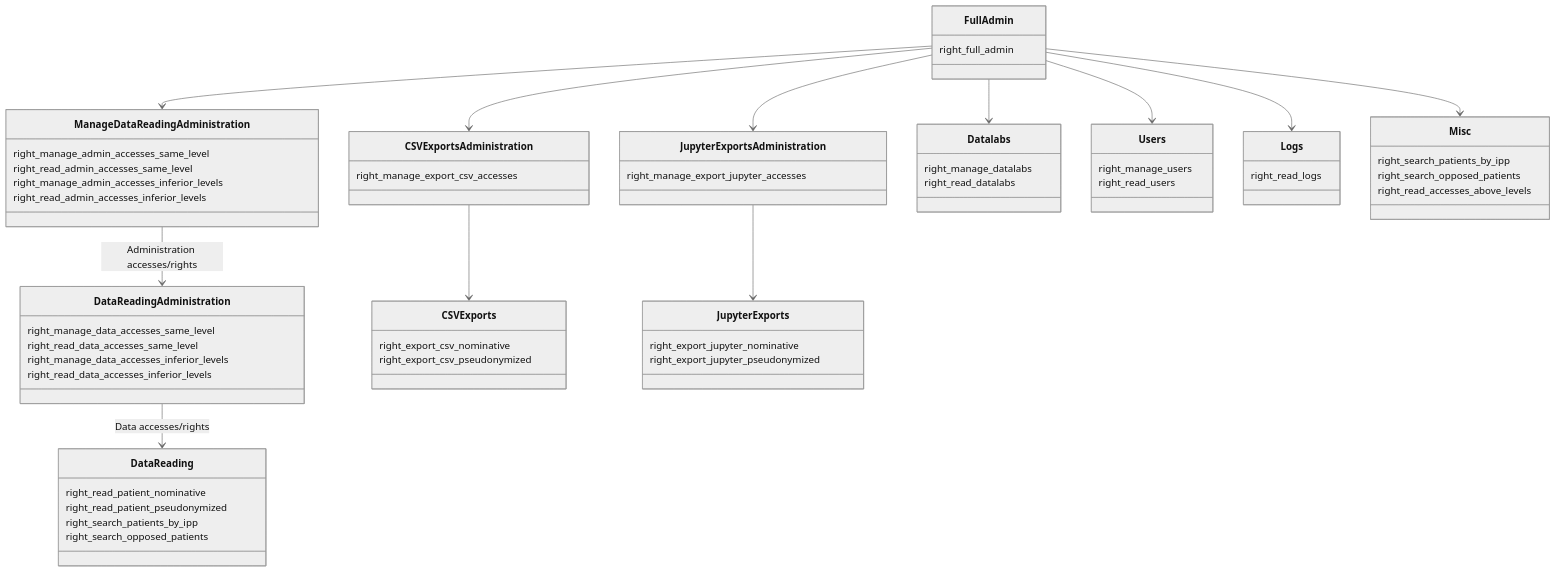
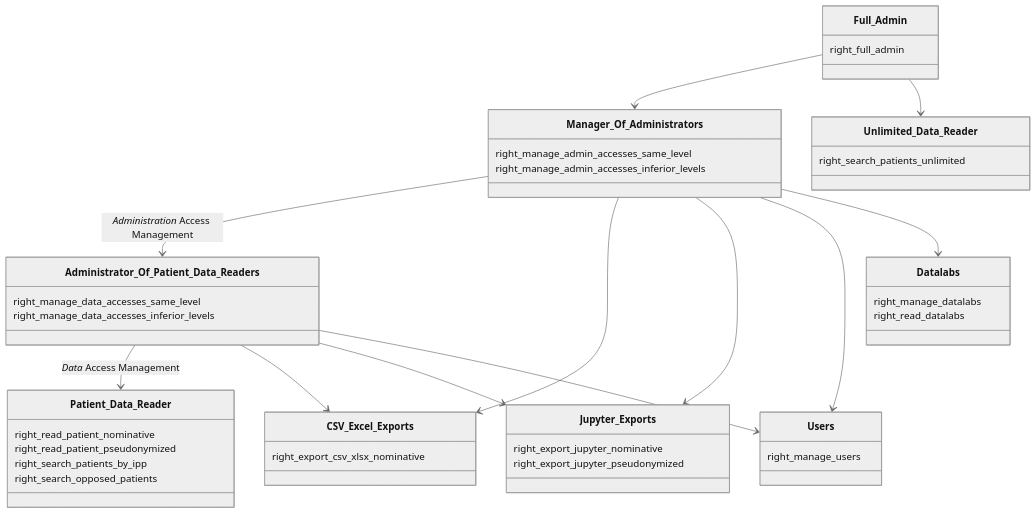
Before and after one commit to aphp/Cohort360-Back-end: the diagram in .docs/rights_schema.md, drawn with Mermaid (neutral theme). The commit also changed other lines of this file and 32 other files, not shown here.

Commit message:
refactor(accesses): fix management rules

````diff
--- a/.docs/rights_schema.md
+++ b/.docs/rights_schema.md
@@ -42,65 +1,49 @@
 ```mermaid
 classDiagram
-class FullAdmin {
+class Full_Admin {
   right_full_admin
 }
-class ManageDataReadingAdministration {
+class Unlimited_Data_Reader {
+  right_search_patients_unlimited
+}
+class Manager_Of_Administrators {
   right_manage_admin_accesses_same_level
-  right_read_admin_accesses_same_level
   right_manage_admin_accesses_inferior_levels
-  right_read_admin_accesses_inferior_levels
 }
-class DataReadingAdministration {
+class Administrator_Of_Patient_Data_Readers {
   right_manage_data_accesses_same_level
-  right_read_data_accesses_same_level
   right_manage_data_accesses_inferior_levels
-  right_read_data_accesses_inferior_levels
 }
-class DataReading {
+class Patient_Data_Reader {
   right_read_patient_nominative
   right_read_patient_pseudonymized
   right_search_patients_by_ipp
   right_search_opposed_patients
 }
-class CSVExportsAdministration {
-  right_manage_export_csv_accesses
+class CSV_Excel_Exports {
+  right_export_csv_xlsx_nominative
 }
-class JupyterExportsAdministration {
-  right_manage_export_jupyter_accesses
-}
-class CSVExports {
-  right_export_csv_nominative
-  right_export_csv_pseudonymized
-}
-class JupyterExports {
+class Jupyter_Exports {
   right_export_jupyter_nominative
   right_export_jupyter_pseudonymized
+}
+class Users {
+  right_manage_users
 }
 class Datalabs {
   right_manage_datalabs
   right_read_datalabs
 }
-class Users {
-  right_manage_users
-  right_read_users
-}
-class Logs {
-  right_read_logs
-}
-class Misc {
-  right_search_patients_by_ipp
-  right_search_opposed_patients
-  right_read_accesses_above_levels
-}
-FullAdmin --> ManageDataReadingAdministration
-ManageDataReadingAdministration --> DataReadingAdministration : Administration accesses/rights
-DataReadingAdministration --> DataReading : Data accesses/rights
-FullAdmin --> CSVExportsAdministration
-FullAdmin --> JupyterExportsAdministration
-CSVExportsAdministration --> CSVExports
-JupyterExportsAdministration --> JupyterExports
-FullAdmin --> Datalabs
-FullAdmin --> Users
-FullAdmin --> Logs
-FullAdmin --> Misc
+
+Full_Admin --> Manager_Of_Administrators
+Full_Admin --> Unlimited_Data_Reader
+Manager_Of_Administrators --> Administrator_Of_Patient_Data_Readers : *Administration* Access Management 
+Administrator_Of_Patient_Data_Readers --> Patient_Data_Reader : *Data* Access Management
+Manager_Of_Administrators --> CSV_Excel_Exports
+Manager_Of_Administrators --> Jupyter_Exports
+Manager_Of_Administrators --> Users
+Manager_Of_Administrators --> Datalabs
+Administrator_Of_Patient_Data_Readers --> CSV_Excel_Exports
+Administrator_Of_Patient_Data_Readers --> Jupyter_Exports
+Administrator_Of_Patient_Data_Readers --> Users
 ```
````
